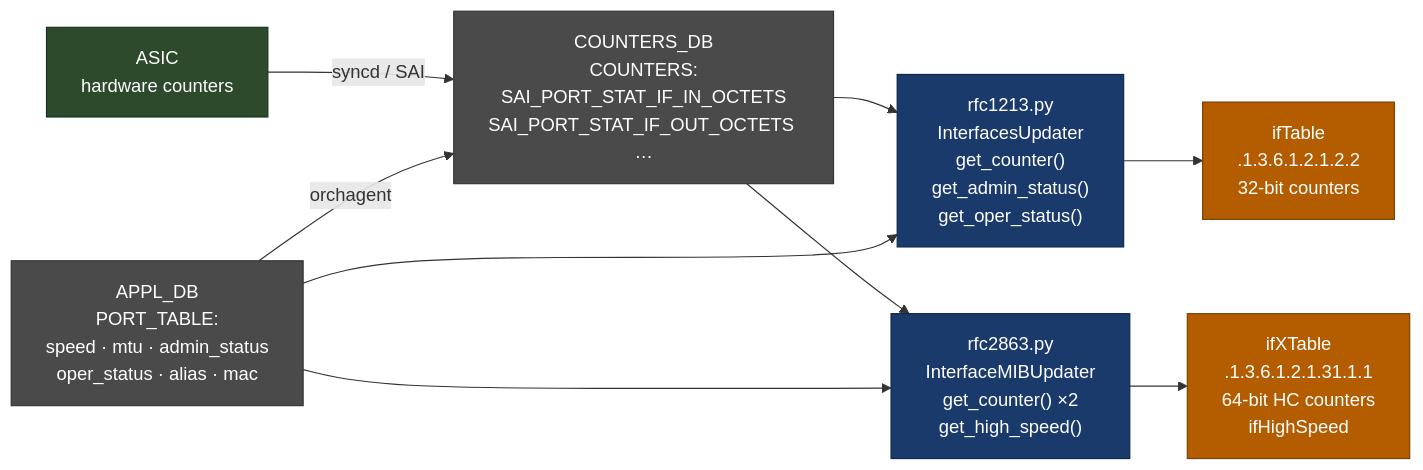
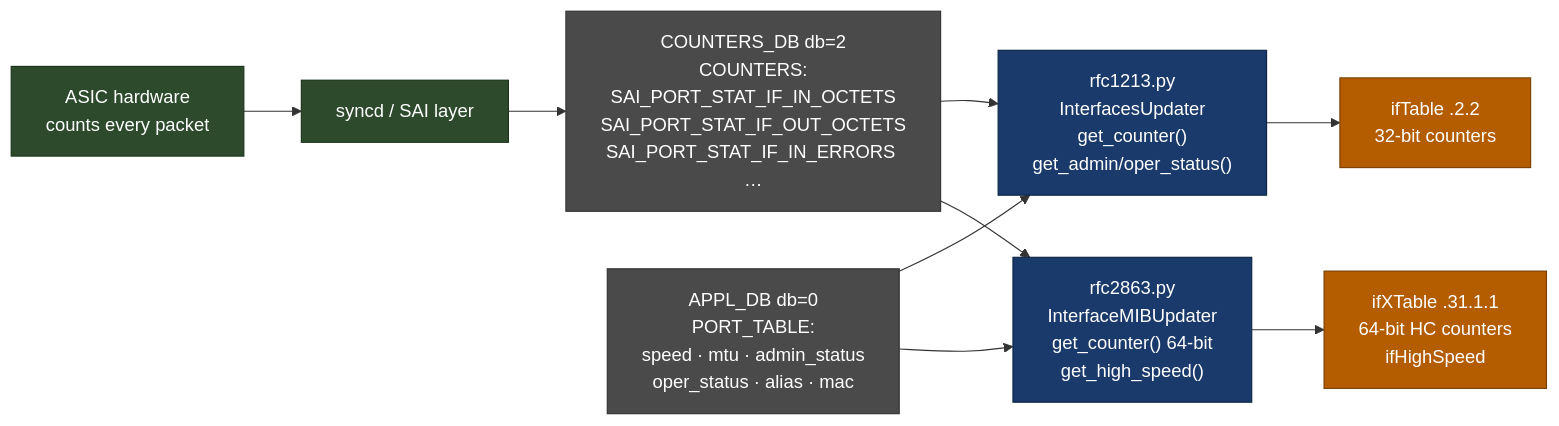
Before and after one commit to thongal-upscale/sonic-snmpagent: the seventh of 17 diagrams in docs/nms_compliance_gaps.md, drawn with Mermaid. The commit also changed other lines of this file, not shown here.

````diff
--- a/docs/nms_compliance_gaps.md
+++ b/docs/nms_compliance_gaps.md
@@ -180,22 +431,22 @@
 ```mermaid
 graph LR
-    classDef hw    fill:#2d4a2d,color:#fff,stroke:#1a331a
-    classDef db    fill:#4a4a4a,color:#fff,stroke:#333
-    classDef code  fill:#1a3a6b,color:#fff,stroke:#0d2545
-    classDef oid   fill:#b35c00,color:#fff,stroke:#7a3f00
+    classDef hw   fill:#2d4a2d,color:#fff,stroke:#1a331a
+    classDef db   fill:#4a4a4a,color:#fff,stroke:#333
+    classDef code fill:#1a3a6b,color:#fff,stroke:#0d2545
+    classDef oid  fill:#b35c00,color:#fff,stroke:#7a3f00
 
-    ASIC["ASIC\nhardware counters"]:::hw
-    CNT["COUNTERS_DB\nCOUNTERS:<port_oid>\nSAI_PORT_STAT_IF_IN_OCTETS\nSAI_PORT_STAT_IF_OUT_OCTETS …"]:::db
-    APPL["APPL_DB\nPORT_TABLE:<name>\nspeed · mtu · admin_status\noper_status · alias · mac"]:::db
-    RFC1213["rfc1213.py\nInterfacesUpdater\nget_counter()\nget_admin_status()\nget_oper_status()"]:::code
-    RFC2863["rfc2863.py\nInterfaceMIBUpdater\nget_counter() ×2\nget_high_speed()"]:::code
-    OID1["ifTable\n.1.3.6.1.2.1.2.2\n32-bit counters"]:::oid
-    OID2["ifXTable\n.1.3.6.1.2.1.31.1.1\n64-bit HC counters\nifHighSpeed"]:::oid
+    ASIC["ASIC hardware\ncounts every packet"]:::hw
+    SAI["syncd / SAI layer"]:::hw
+    CNT["COUNTERS_DB db=2\nCOUNTERS:<port_oid>\nSAI_PORT_STAT_IF_IN_OCTETS\nSAI_PORT_STAT_IF_OUT_OCTETS\nSAI_PORT_STAT_IF_IN_ERRORS …"]:::db
+    APPL["APPL_DB db=0\nPORT_TABLE:<name>\nspeed · mtu · admin_status\noper_status · alias · mac"]:::db
+    RFC1213["rfc1213.py\nInterfacesUpdater\nget_counter()\nget_admin/oper_status()"]:::code
+    RFC2863["rfc2863.py\nInterfaceMIBUpdater\nget_counter() 64-bit\nget_high_speed()"]:::code
+    OID1["ifTable .2.2\n32-bit counters"]:::oid
+    OID2["ifXTable .31.1.1\n64-bit HC counters\nifHighSpeed"]:::oid
 
-    ASIC -->|"syncd / SAI"| CNT
-    APPL -->|"orchagent"| CNT
-    CNT --> RFC1213 --> OID1
-    CNT --> RFC2863 --> OID2
-    APPL --> RFC1213
+    ASIC --> SAI --> CNT
+    APPL --> RFC1213 --> OID1
+    CNT  --> RFC1213
+    CNT  --> RFC2863 --> OID2
     APPL --> RFC2863
 ```
````
